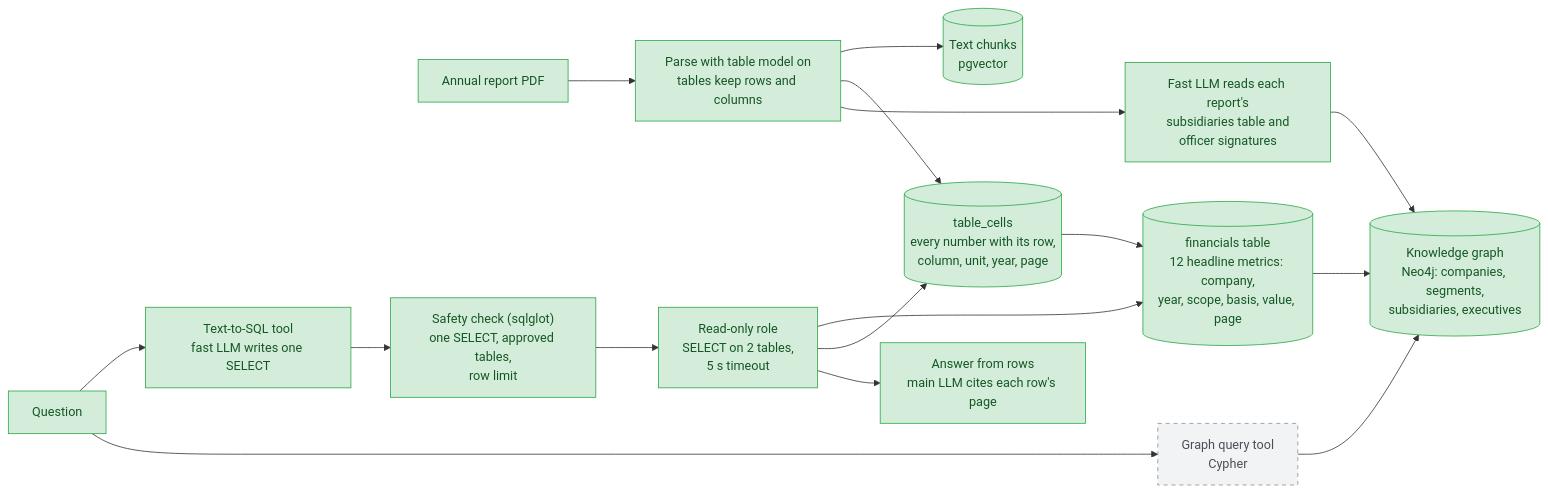
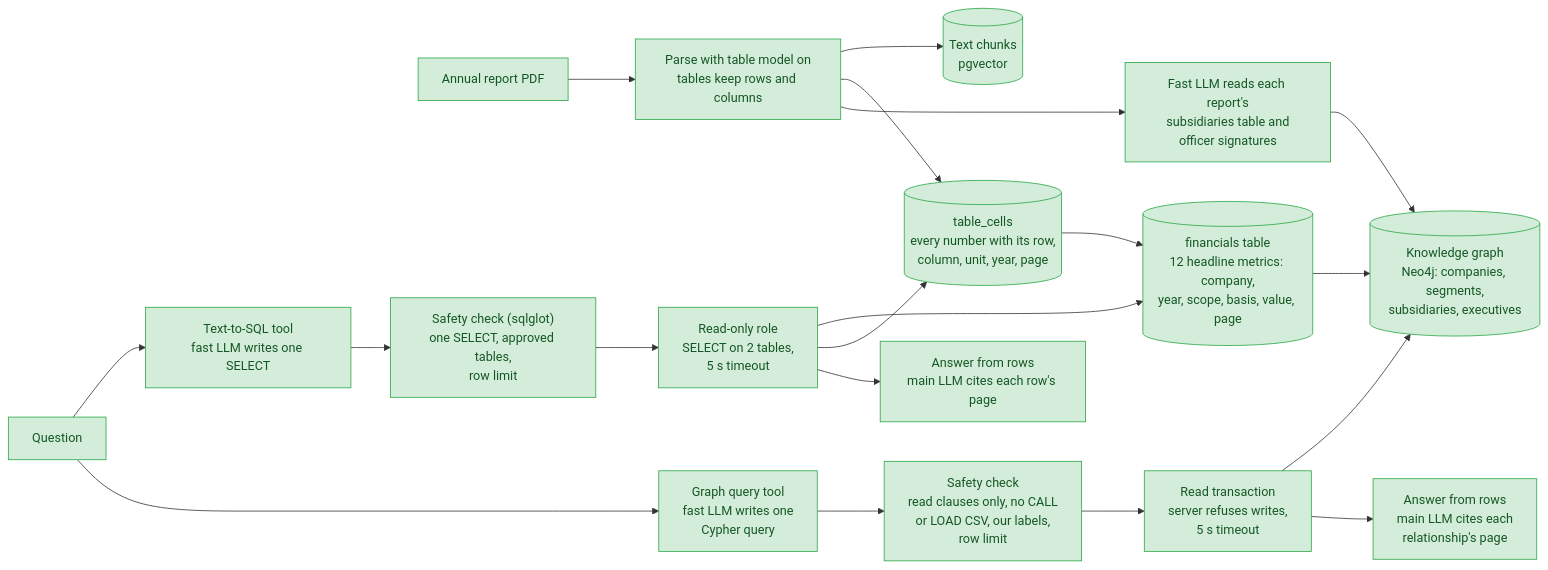
One commit to madeleine68/Reportlens changed the fourth of 6 diagrams in README.md. Above: the diagram before and after it, drawn with Mermaid. The commit also changed other lines of this file and 14 other files, not shown here.

First line of the commit message:
Phase 3: graph query tool (text-to-Cypher) with a text check and read transactions

````diff
--- a/README.md
+++ b/README.md
@@ -224,23 +226,26 @@
 ```mermaid
 flowchart LR
     pdf["Annual report PDF"] --> parse["Parse with table model on<br/>tables keep rows and columns"]
     parse --> text[("Text chunks<br/>pgvector")]
     parse --> cells[("table_cells<br/>every number with its row,<br/>column, unit, year, page")]
     cells --> fin[("financials table<br/>12 headline metrics: company,<br/>year, scope, basis, value, page")]
     fin --> kg[("Knowledge graph<br/>Neo4j: companies, segments,<br/>subsidiaries, executives")]
     parse --> extract["Fast LLM reads each report's<br/>subsidiaries table and<br/>officer signatures"]
     extract --> kg
     q["Question"] --> sqltool["Text-to-SQL tool<br/>fast LLM writes one SELECT"]
     sqltool --> safety["Safety check (sqlglot)<br/>one SELECT, approved tables,<br/>row limit"]
     safety --> reader["Read-only role<br/>SELECT on 2 tables,<br/>5 s timeout"]
     reader --> fin
     reader --> cells
     reader --> sqlans["Answer from rows<br/>main LLM cites each row's page"]
-    q --> cypher["Graph query tool<br/>Cypher"]
-    cypher --> kg
+    q --> cypher["Graph query tool<br/>fast LLM writes one<br/>Cypher query"]
+    cypher --> csafety["Safety check<br/>read clauses only, no CALL<br/>or LOAD CSV, our labels,<br/>row limit"]
+    csafety --> readtx["Read transaction<br/>server refuses writes,<br/>5 s timeout"]
+    readtx --> kg
+    readtx --> graphans["Answer from rows<br/>main LLM cites each<br/>relationship's page"]
 
     classDef planned fill:#f1f3f5,stroke:#868e96,color:#495057,stroke-dasharray: 5 5
     classDef done fill:#d4edda,stroke:#28a745,color:#155724
     class pdf,parse,text,cells,fin,q,sqltool,safety,reader,sqlans,extract,kg done
-    class cypher planned
+    class cypher,csafety,readtx,graphans done
 ```
````
